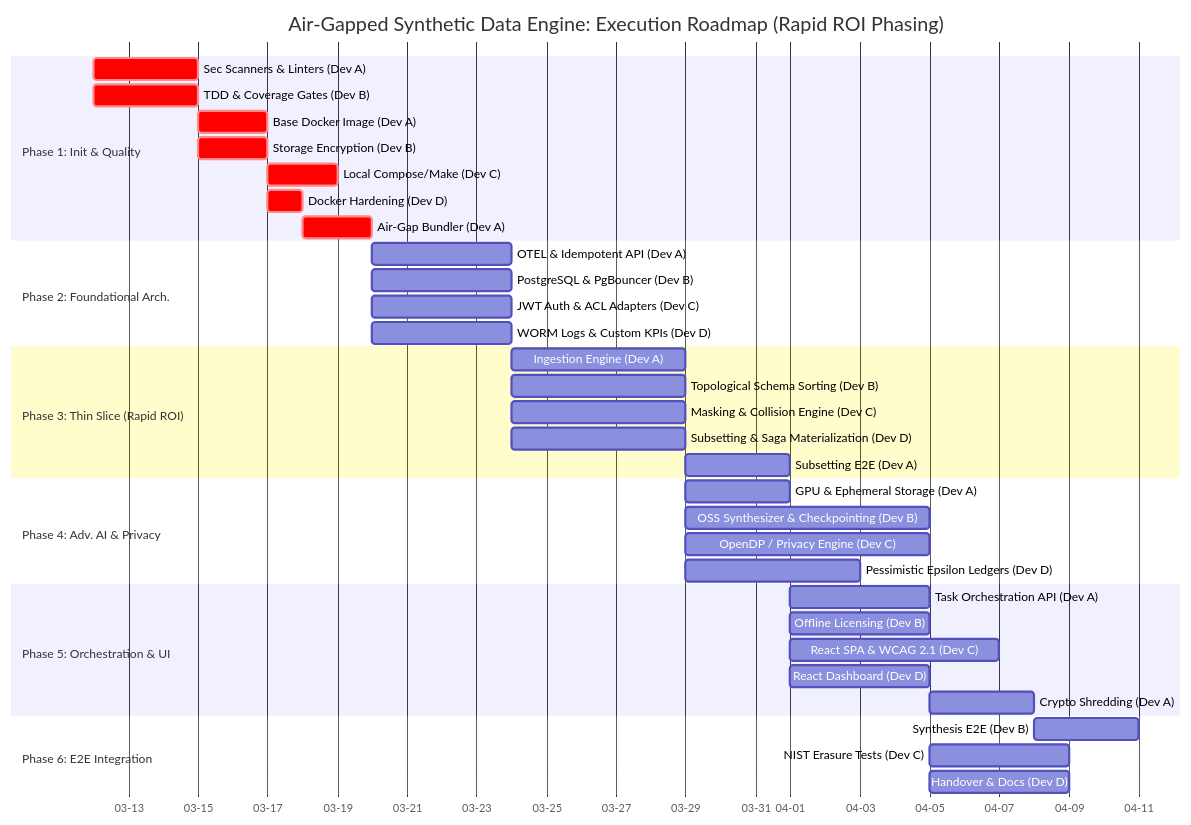
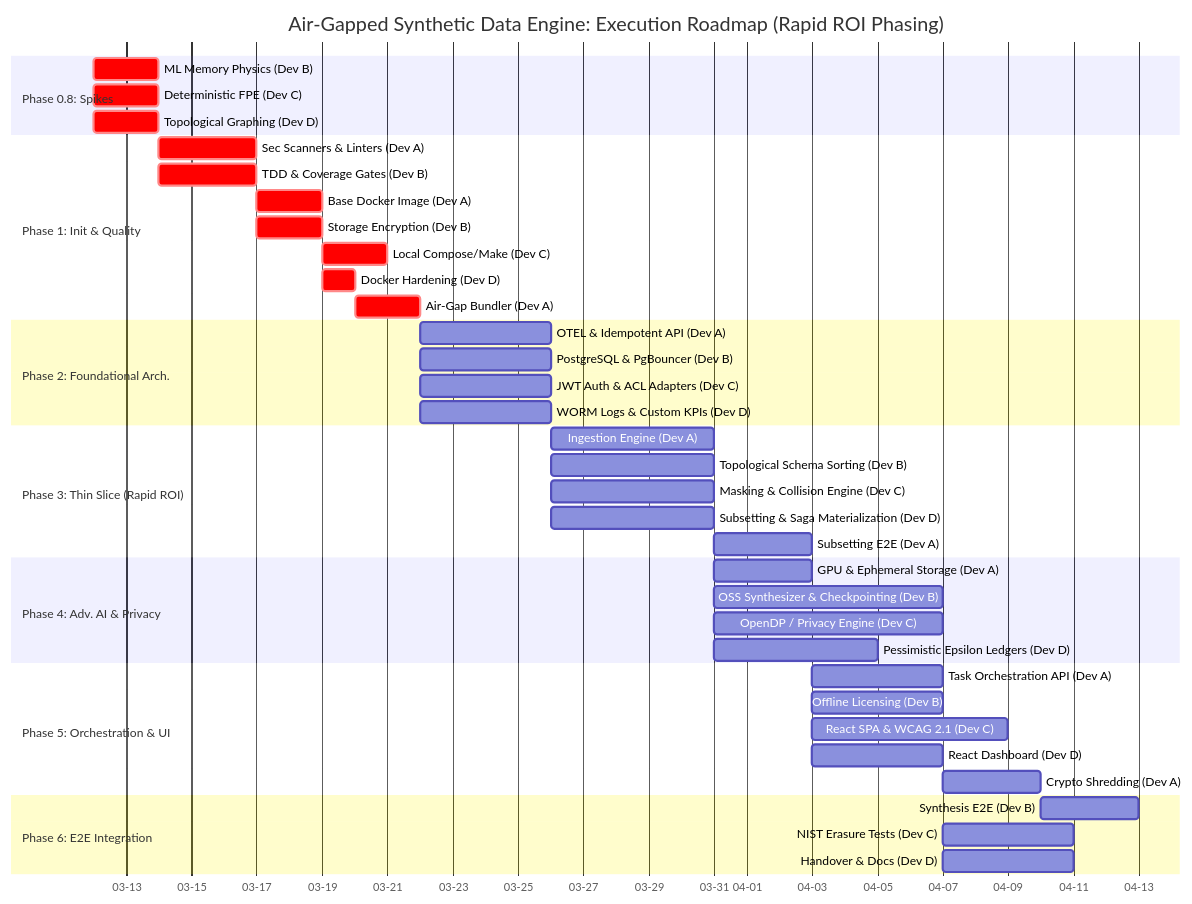
One commit to aedile/conclave changed the diagram in docs/EXECUTION_PLAN.md. Above: the diagram before and after it, drawn with Mermaid. The commit also changed other lines of this file and 2 other files, not shown here.

Commit message:
docs: inject Phase 0.8 Technical Spikes into backlog and execution plan

````diff
--- a/docs/EXECUTION_PLAN.md
+++ b/docs/EXECUTION_PLAN.md
@@ -82,47 +88,52 @@
 ```mermaid
 gantt
     title Air-Gapped Synthetic Data Engine: Execution Roadmap (Rapid ROI Phasing)
     dateFormat  YYYY-MM-DD
     axisFormat  %m-%d
     todayMarker off
     
+    section Phase 0.8: Spikes
+    ML Memory Physics (Dev B)      :crit, t08_1, 2026-03-12, 2d
+    Deterministic FPE (Dev C)      :crit, t08_2, 2026-03-12, 2d
+    Topological Graphing (Dev D)   :crit, t08_3, 2026-03-12, 2d
+
     section Phase 1: Init & Quality
-    Sec Scanners & Linters (Dev A) :crit, t1_1, 2026-03-12, 3d
-    TDD & Coverage Gates (Dev B)   :crit, t1_2, 2026-03-12, 3d
+    Sec Scanners & Linters (Dev A) :crit, t1_1, after t08_3, 3d
+    TDD & Coverage Gates (Dev B)   :crit, t1_2, after t08_3, 3d
     Base Docker Image (Dev A)      :crit, t1_3, after t1_1, 2d
     Storage Encryption (Dev B)     :crit, t1_4, after t1_2, 2d
     Local Compose/Make (Dev C)     :crit, t1_5, after t1_3, 2d
     Docker Hardening (Dev D)       :crit, t1_6, after t1_4, 1d
     Air-Gap Bundler (Dev A)        :crit, t1_7, after t1_6, 2d
 
     section Phase 2: Foundational Arch.
     OTEL & Idempotent API (Dev A)            :t2_1, after t1_7, 4d
     PostgreSQL & PgBouncer (Dev B)           :t2_2, after t1_7, 4d
     JWT Auth & ACL Adapters (Dev C)          :t2_3, after t1_7, 4d
     WORM Logs & Custom KPIs (Dev D)          :t2_4, after t1_7, 4d
 
     section Phase 3: Thin Slice (Rapid ROI)
     Ingestion Engine (Dev A)                    :t3_1, after t2_1, 5d
     Topological Schema Sorting (Dev B)          :t3_2, after t2_1, 5d
     Masking & Collision Engine (Dev C)          :t3_3, after t2_1, 5d
     Subsetting & Saga Materialization (Dev D)   :t3_4, after t2_1, 5d
     Subsetting E2E (Dev A)                      :t3_5, after t3_4, 3d
 
     section Phase 4: Adv. AI & Privacy
     GPU & Ephemeral Storage (Dev A)     :t4_1, after t3_1, 3d
     OSS Synthesizer & Checkpointing (Dev B):t4_2, after t3_2, 7d
     OpenDP / Privacy Engine (Dev C)     :t4_3, after t3_3, 7d
     Pessimistic Epsilon Ledgers (Dev D) :t4_4, after t3_4, 5d
 
     section Phase 5: Orchestration & UI
     Task Orchestration API (Dev A) :t5_1, after t3_5, 4d
     Offline Licensing (Dev B)      :t5_2, after t3_5, 4d
     React SPA & WCAG 2.1 (Dev C)   :t5_3, after t3_5, 6d
     React Dashboard (Dev D)        :t5_4, after t3_5, 4d
     Crypto Shredding (Dev A)       :t5_5, after t5_1, 3d
 
     section Phase 6: E2E Integration
     Synthesis E2E (Dev B)          :t6_1, after t5_5, 3d
     NIST Erasure Tests (Dev C)     :t6_2, after t5_4, 4d
     Handover & Docs (Dev D)        :t6_3, after t5_4, 4d
 ```
````
